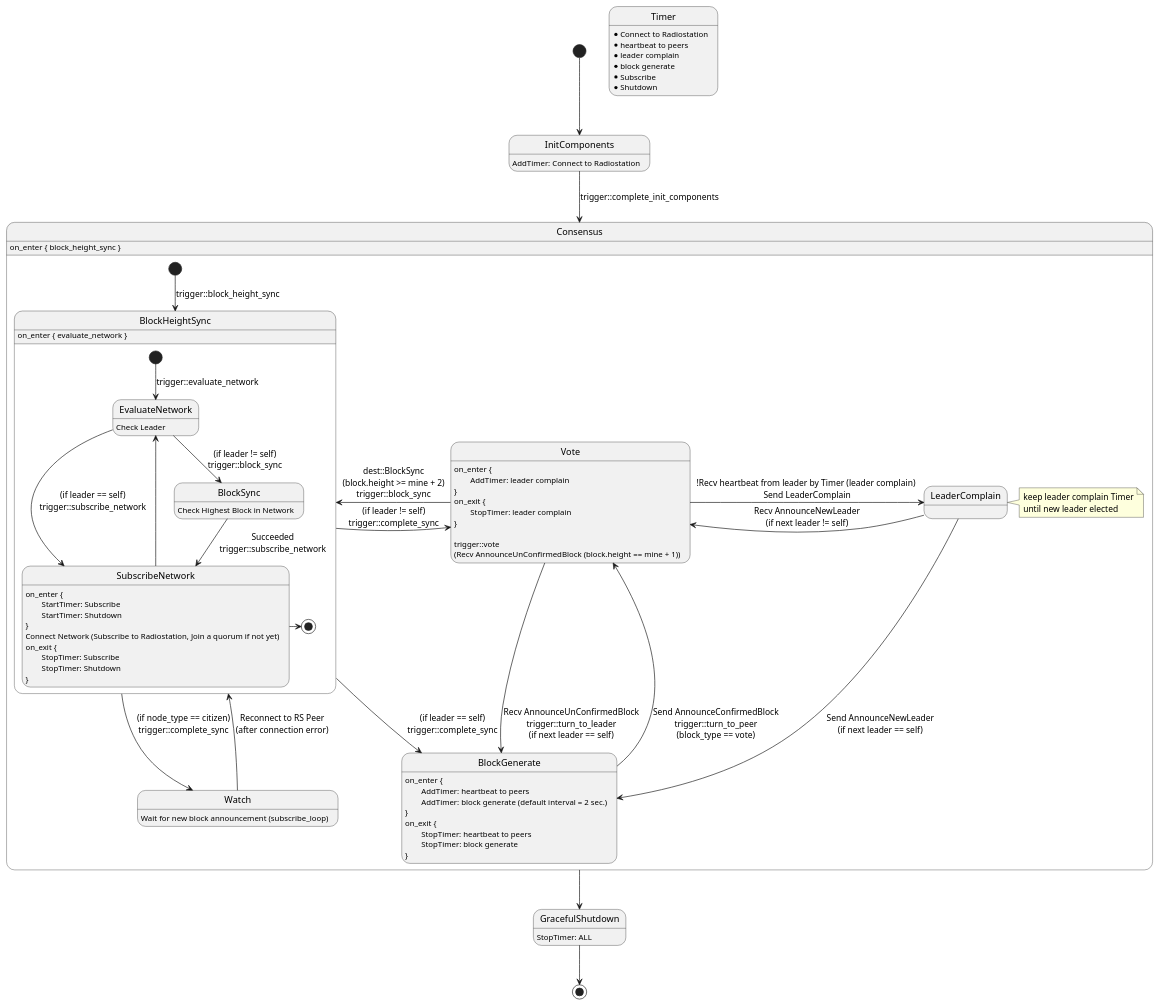
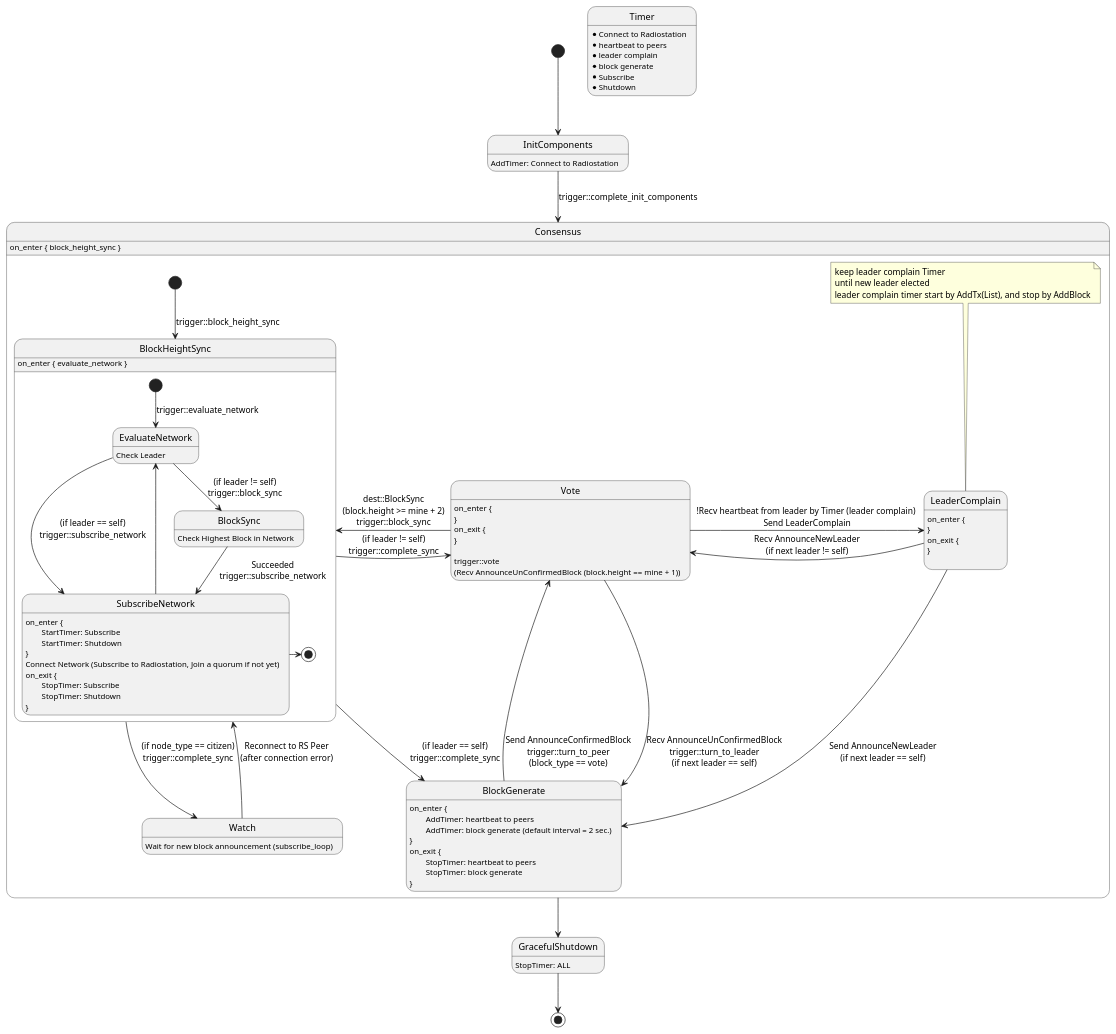
Before and after one commit to icon-project/loopchain: the diagram in docs/8. diagram/state_machine_in_siever.wsd, drawn with PlantUML. The commit also changed 7 other files, not shown here.

Commit message:
Add Leader Complain Timer

```diff
--- a/docs/8. diagram/state_machine_in_siever.wsd
+++ b/docs/8. diagram/state_machine_in_siever.wsd
@@ -1,85 +1,89 @@
 @startuml State Machine in Siever
 
 [*] --> InitComponents
 InitComponents: AddTimer: Connect to Radiostation
 
 InitComponents --> Consensus : trigger::complete_init_components
 
 state Timer
 Timer: * Connect to Radiostation
 Timer: * heartbeat to peers
 Timer: * leader complain
 Timer: * block generate
 Timer: * Subscribe
 Timer: * Shutdown
 
 state Consensus {
     Consensus: on_enter { block_height_sync }
     [*] --> BlockHeightSync : trigger::block_height_sync
 
     state BlockHeightSync {
         [*] --> EvaluateNetwork : trigger::evaluate_network
 
         EvaluateNetwork: Check Leader
         EvaluateNetwork --> BlockSync : (if leader != self)\ntrigger::block_sync
         EvaluateNetwork --> SubscribeNetwork : (if leader == self)\ntrigger::subscribe_network
 
         BlockSync: Check Highest Block in Network
         BlockSync --> SubscribeNetwork : Succeeded\ntrigger::subscribe_network
 
         SubscribeNetwork: on_enter {
         SubscribeNetwork: \tStartTimer: Subscribe
         SubscribeNetwork: \tStartTimer: Shutdown
         SubscribeNetwork:}
         SubscribeNetwork: Connect Network (Subscribe to Radiostation, Join a quorum if not yet)
         SubscribeNetwork: on_exit {
         SubscribeNetwork: \tStopTimer: Subscribe
         SubscribeNetwork: \tStopTimer: Shutdown
         SubscribeNetwork:}
         SubscribeNetwork -up-> EvaluateNetwork
         SubscribeNetwork -right-> [*]
     }
     BlockHeightSync: on_enter { evaluate_network }
     BlockHeightSync -> Watch: (if node_type == citizen)\ntrigger::complete_sync
     BlockHeightSync -> Vote: (if leader != self)\ntrigger::complete_sync
     BlockHeightSync --> BlockGenerate: (if leader == self)\ntrigger::complete_sync
     
     Watch: Wait for new block announcement (subscribe_loop)
     Watch --> BlockHeightSync: Reconnect to RS Peer\n(after connection error)
     Vote: on_enter {
-    Vote: \tAddTimer: leader complain
     Vote: }
     Vote: on_exit {
-    Vote: \tStopTimer: leader complain
     Vote: }
     Vote: 
     Vote: trigger::vote\n(Recv AnnounceUnConfirmedBlock (block.height == mine + 1))
     Vote -left-> BlockHeightSync : dest::BlockSync\n(block.height >= mine + 2)\ntrigger::block_sync
     Vote -> BlockGenerate : Recv AnnounceUnConfirmedBlock\ntrigger::turn_to_leader\n(if next leader == self)
     Vote -> LeaderComplain : !Recv heartbeat from leader by Timer (leader complain) \nSend LeaderComplain
 
     BlockGenerate: on_enter {
     BlockGenerate: \tAddTimer: heartbeat to peers
     BlockGenerate: \tAddTimer: block generate (default interval = 2 sec.)
     BlockGenerate: }
     BlockGenerate: on_exit {
     BlockGenerate: \tStopTimer: heartbeat to peers
     BlockGenerate: \tStopTimer: block generate
     BlockGenerate: }
     BlockGenerate -> Vote : Send AnnounceConfirmedBlock\ntrigger::turn_to_peer\n(block_type == vote)
 
     state LeaderComplain
-    note right of LeaderComplain
+    note top of LeaderComplain
       keep leader complain Timer
       until new leader elected
+      leader complain timer start by AddTx(List), and stop by AddBlock
     end note
     LeaderComplain -> Vote : Recv AnnounceNewLeader\n(if next leader != self)
     LeaderComplain --> BlockGenerate : Send AnnounceNewLeader\n(if next leader == self)
+    LeaderComplain: on_enter {
+    LeaderComplain: }
+    LeaderComplain: on_exit {
+    LeaderComplain: }
+    LeaderComplain: 
 }
 
 Consensus --> GracefulShutdown
 
 GracefulShutdown: StopTimer: ALL
 GracefulShutdown --> [*]
 
 @enduml
```
